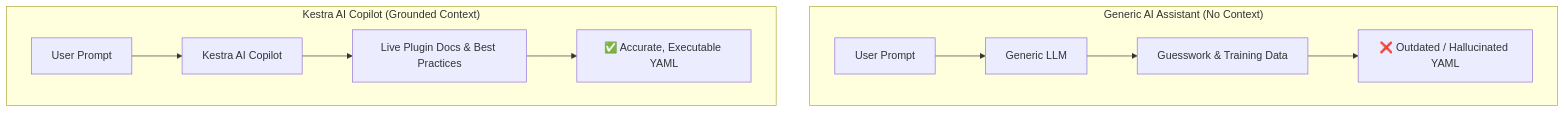
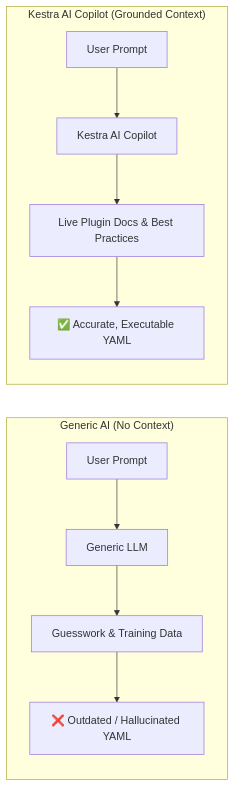
The fifth of 32 diagrams in 03-orchestration/readme.md (beingAnujChaudhary/LLM-Zoomcamp), drawn with Mermaid before and after one commit. The commit also changed other lines of this file, not shown here.

````diff
--- a/03-orchestration/readme.md
+++ b/03-orchestration/readme.md
@@ -27,14 +134,14 @@
 ```mermaid
-graph TD
-    subgraph "Generic AI Assistant (No Context)"
+graph LR
+    subgraph "Generic AI (No Context)"
         A1[User Prompt] --> B1[Generic LLM]
         B1 --> C1[Guesswork & Training Data]
         C1 --> D1[❌ Outdated / Hallucinated YAML]
     end
 
     subgraph "Kestra AI Copilot (Grounded Context)"
         A2[User Prompt] --> B2[Kestra AI Copilot]
         B2 --> C2[Live Plugin Docs & Best Practices]
         C2 --> D2[✅ Accurate, Executable YAML]
     end
 ```
````
